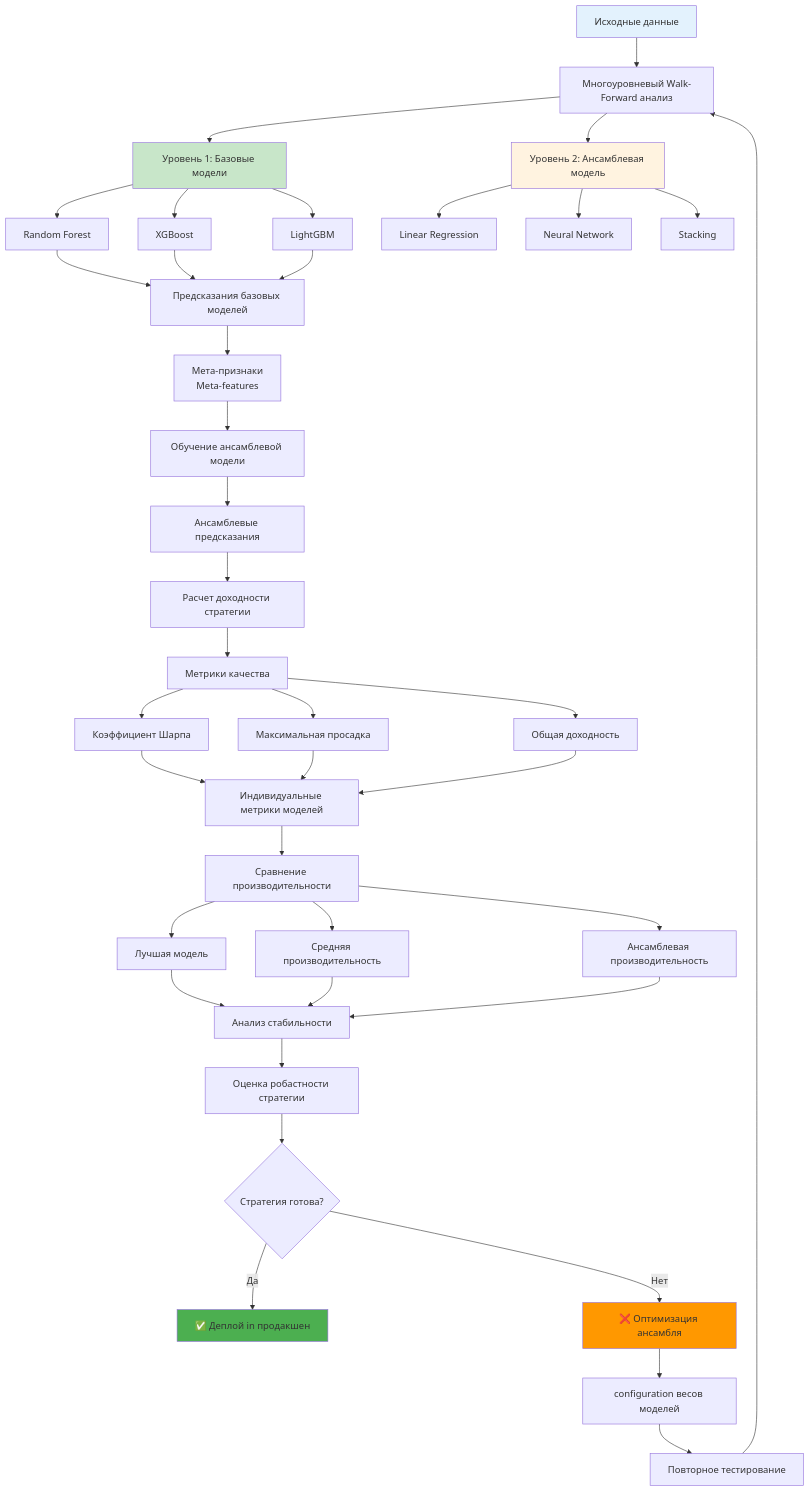
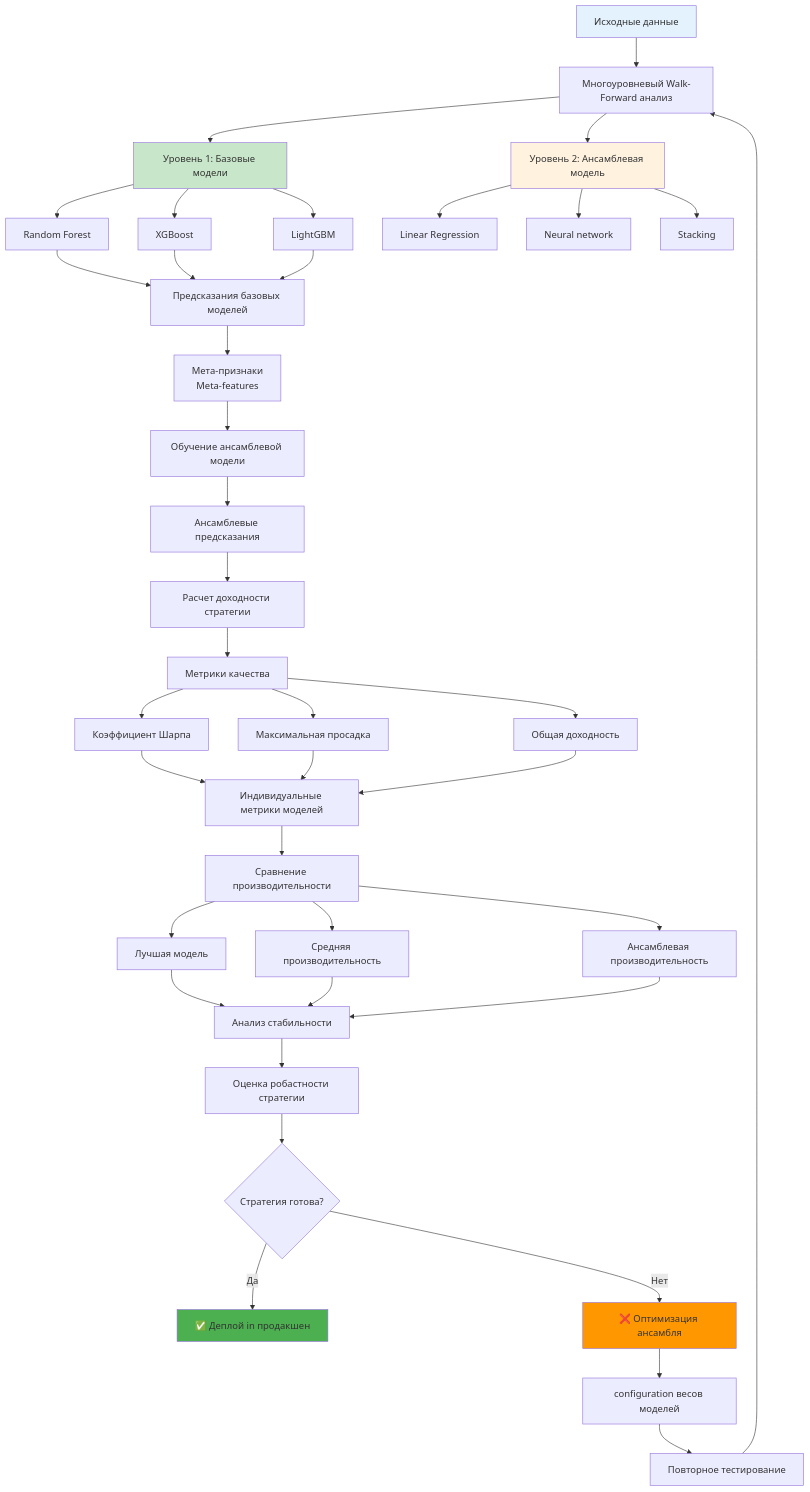
The fifth of 8 diagrams in docs/automl/gluon/30_walk_forward_analysis.md (NeoZorK/neozork-hld-prediction), drawn with Mermaid before and after one commit. The commit also changed other lines of this file and 102 other files, not shown here.

````diff
--- a/docs/automl/gluon/30_walk_forward_analysis.md
+++ b/docs/automl/gluon/30_walk_forward_analysis.md
@@ -822,57 +822,57 @@
 ```mermaid
 graph TD
  A[Исходные данные] --> B[Многоуровневый Walk-Forward анализ]
 
  B --> C[Уровень 1: Базовые модели]
  C --> D[Random Forest]
  C --> E[XGBoost]
  C --> F[LightGBM]
 
  B --> G[Уровень 2: Ансамблевая модель]
  G --> H[Linear Regression]
- G --> I[Neural Network]
+ G --> I[Neural network]
  G --> J[Stacking]
 
  D --> K[Предсказания базовых моделей]
  E --> K
  F --> K
 
  K --> L[Мета-признаки<br/>Meta-features]
  L --> M[Обучение ансамблевой модели]
 
  M --> N[Ансамблевые предсказания]
  N --> O[Расчет доходности стратегии]
 
  O --> P[Метрики качества]
  P --> Q[Коэффициент Шарпа]
  P --> R[Максимальная просадка]
  P --> S[Общая доходность]
 
  Q --> T[Индивидуальные метрики моделей]
  R --> T
  S --> T
 
  T --> U[Сравнение производительности]
  U --> V[Лучшая модель]
  U --> W[Средняя производительность]
  U --> X[Ансамблевая производительность]
 
  V --> Y[Анализ стабильности]
  W --> Y
  X --> Y
 
  Y --> Z[Оценка робастности стратегии]
  Z --> AA{Стратегия готова?}
  AA -->|Да| BB[✅ Деплой in продакшен]
  AA -->|Нет| CC[❌ Оптимизация ансамбля]
 
  CC --> DD[configuration весов моделей]
  DD --> EE[Повторное тестирование]
  EE --> B
 
  style A fill:#e3f2fd
  style C fill:#c8e6c9
  style G fill:#fff3e0
  style BB fill:#4caf50
  style CC fill:#ff9800
 ```
````
